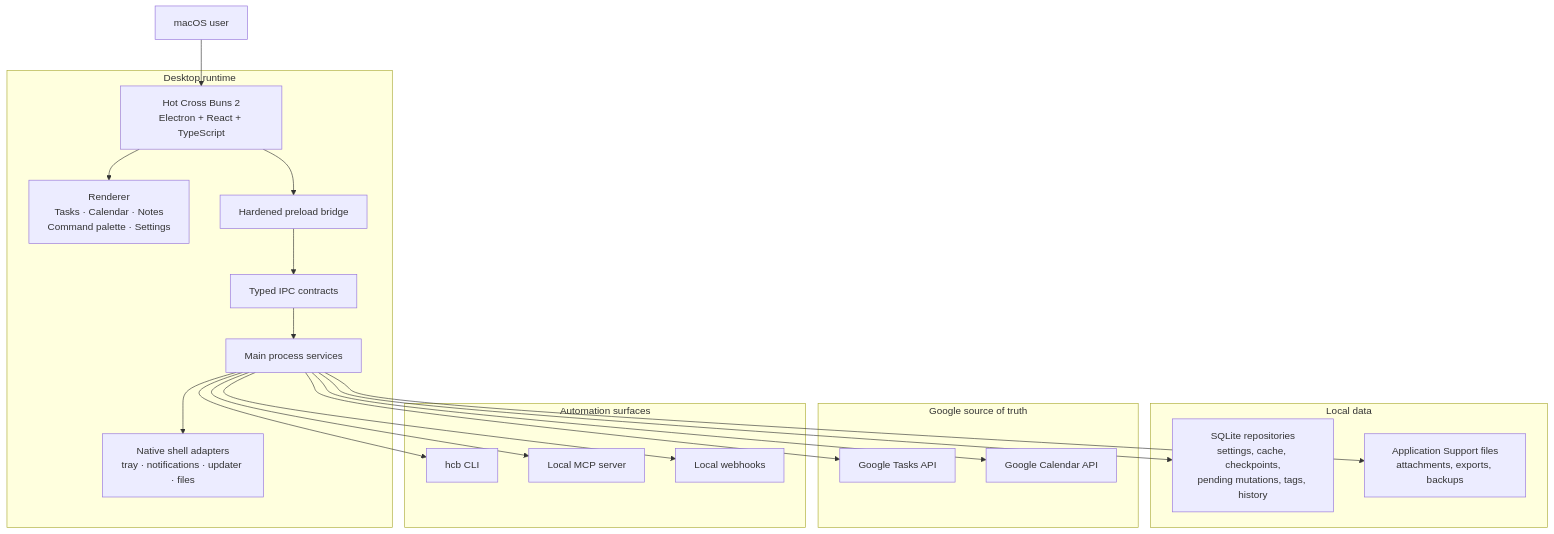
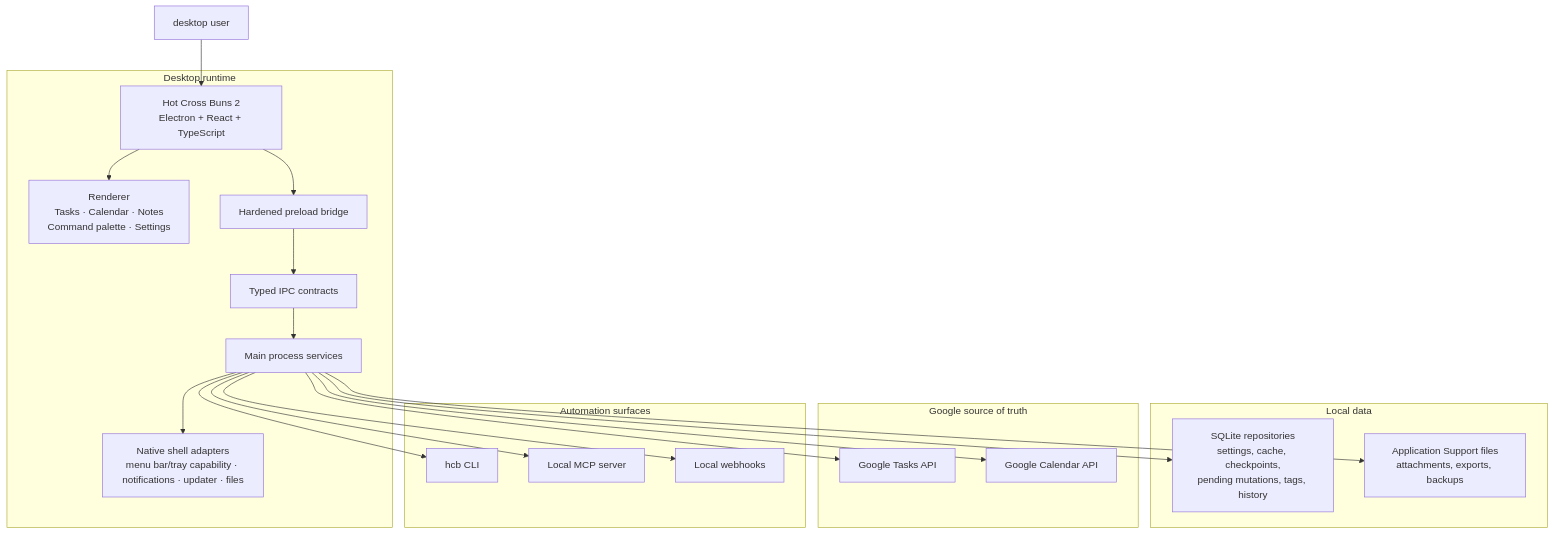
Before and after one commit to gongahkia/hot-cross-buns-2: the diagram in README.md, drawn with Mermaid. The commit also changed other lines of this file and 6 other files, not shown here.

````diff
--- a/README.md
+++ b/README.md
@@ -99,28 +126,28 @@
 ```mermaid
 flowchart TD
-    user["macOS user"] --> app["Hot Cross Buns 2<br>Electron + React + TypeScript"]
+    user["desktop user"] --> app["Hot Cross Buns 2<br>Electron + React + TypeScript"]
 
     subgraph runtime["Desktop runtime"]
         app --> renderer["Renderer<br>Tasks · Calendar · Notes<br>Command palette · Settings"]
         app --> preload["Hardened preload bridge"]
         preload --> ipc["Typed IPC contracts"]
         ipc --> main["Main process services"]
-        main --> native["Native shell adapters<br>tray · notifications · updater · files"]
+        main --> native["Native shell adapters<br>menu bar/tray capability · notifications · updater · files"]
     end
 
     subgraph data["Local data"]
         main --> sqlite["SQLite repositories<br>settings, cache, checkpoints,<br>pending mutations, tags, history"]
         main --> files["Application Support files<br>attachments, exports, backups"]
     end
 
     subgraph google["Google source of truth"]
         main --> tasksApi["Google Tasks API"]
         main --> calendarApi["Google Calendar API"]
     end
 
     subgraph automation["Automation surfaces"]
         main --> cli["hcb CLI"]
         main --> mcp["Local MCP server"]
         main --> webhooks["Local webhooks"]
     end
 ```
````
